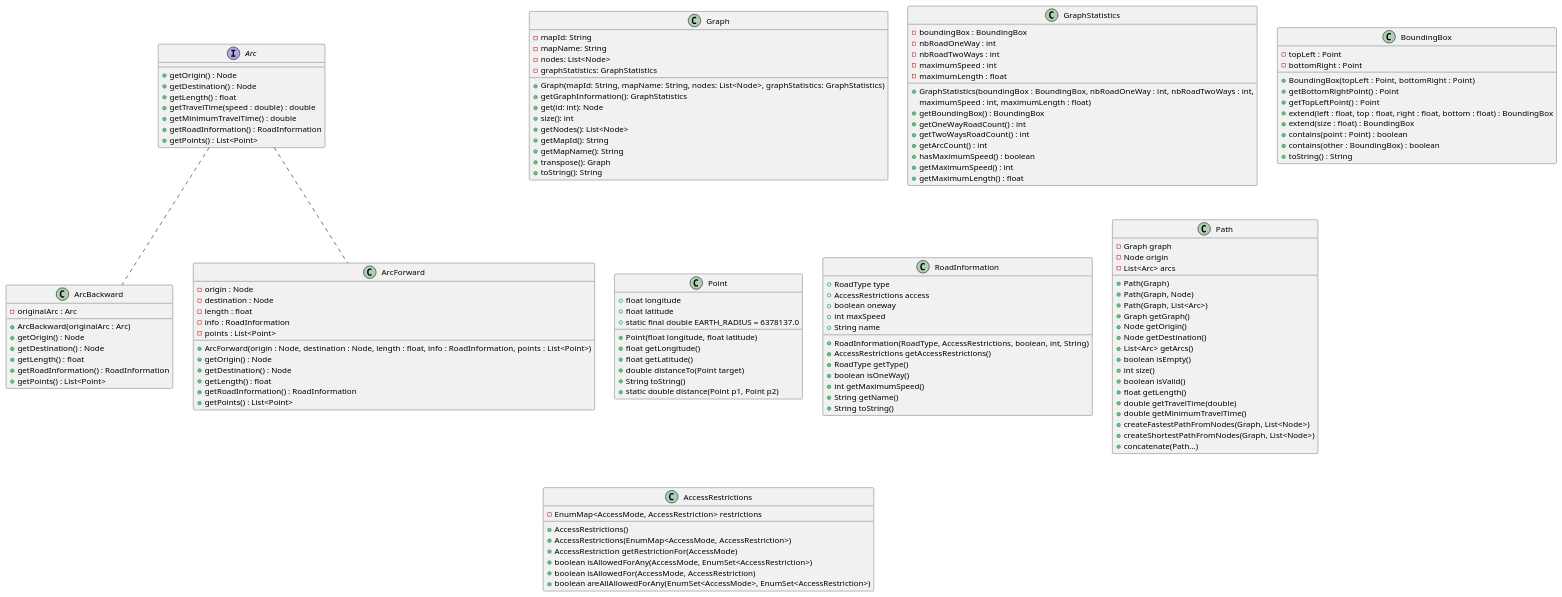
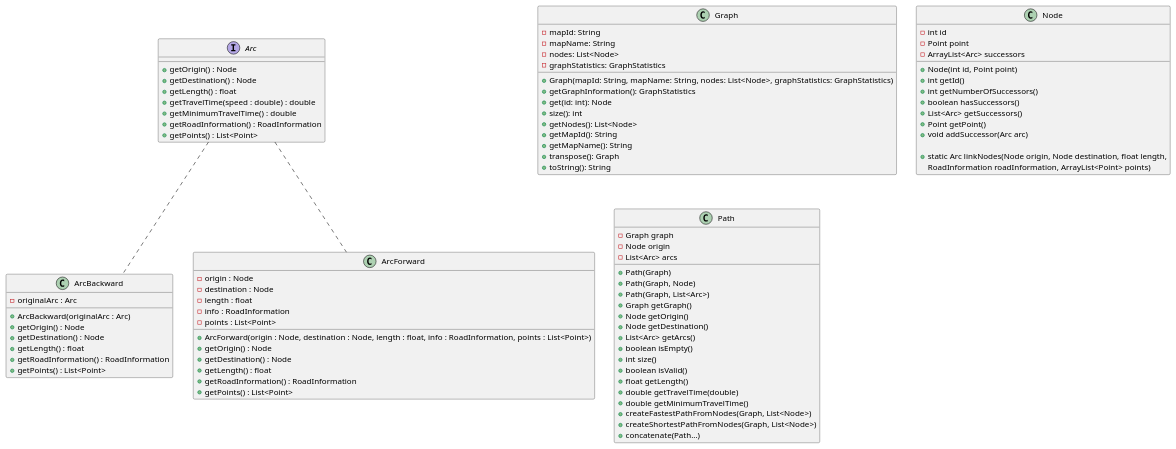
Before and after one commit to Igor-Bzk/be-graphes: the diagram in diagramme-classes.puml, drawn with PlantUML.

Commit message:
uml changé

```diff
--- a/diagramme-classes.puml
+++ b/diagramme-classes.puml
@@ -1,152 +1,99 @@
 @startuml
 
 class Graph {
     - mapId: String
     - mapName: String
     - nodes: List<Node>
     - graphStatistics: GraphStatistics
 
     + Graph(mapId: String, mapName: String, nodes: List<Node>, graphStatistics: GraphStatistics)
     + getGraphInformation(): GraphStatistics
     + get(id: int): Node
     + size(): int
     + getNodes(): List<Node>
     + getMapId(): String
     + getMapName(): String
     + transpose(): Graph
     + toString(): String
 }
 
 interface Arc {
     + getOrigin() : Node
     + getDestination() : Node
     + getLength() : float
     + getTravelTime(speed : double) : double
     + getMinimumTravelTime() : double
     + getRoadInformation() : RoadInformation
     + getPoints() : List<Point>
 }
 
 class ArcBackward {
     - originalArc : Arc
     
     + ArcBackward(originalArc : Arc)
     + getOrigin() : Node
     + getDestination() : Node
     + getLength() : float
     + getRoadInformation() : RoadInformation
     + getPoints() : List<Point>
 }
 
 class ArcForward {
     - origin : Node
     - destination : Node
     - length : float
     - info : RoadInformation
     - points : List<Point>
     
     + ArcForward(origin : Node, destination : Node, length : float, info : RoadInformation, points : List<Point>)
     + getOrigin() : Node
     + getDestination() : Node
     + getLength() : float
     + getRoadInformation() : RoadInformation
     + getPoints() : List<Point>
 }
 
-class GraphStatistics {
-    - boundingBox : BoundingBox
-    - nbRoadOneWay : int
-    - nbRoadTwoWays : int
-    - maximumSpeed : int
-    - maximumLength : float
+class Node {
+    - int id
+    - Point point
+    - ArrayList<Arc> successors
 
-    + GraphStatistics(boundingBox : BoundingBox, nbRoadOneWay : int, nbRoadTwoWays : int,
-        maximumSpeed : int, maximumLength : float)
-    + getBoundingBox() : BoundingBox
-    + getOneWayRoadCount() : int
-    + getTwoWaysRoadCount() : int
-    + getArcCount() : int
-    + hasMaximumSpeed() : boolean
-    + getMaximumSpeed() : int
-    + getMaximumLength() : float
-}
+    + Node(int id, Point point)
+    + int getId()
+    + int getNumberOfSuccessors()
+    + boolean hasSuccessors()
+    + List<Arc> getSuccessors()
+    + Point getPoint()
+    + void addSuccessor(Arc arc)
 
-class BoundingBox {
-    - topLeft : Point
-    - bottomRight : Point
-
-    + BoundingBox(topLeft : Point, bottomRight : Point)
-    + getBottomRightPoint() : Point
-    + getTopLeftPoint() : Point
-    + extend(left : float, top : float, right : float, bottom : float) : BoundingBox
-    + extend(size : float) : BoundingBox
-    + contains(point : Point) : boolean
-    + contains(other : BoundingBox) : boolean
-    + toString() : String
-}
-
-class Point {
-    + float longitude
-    + float latitude
-    + static final double EARTH_RADIUS = 6378137.0
-    + Point(float longitude, float latitude)
-    + float getLongitude()
-    + float getLatitude()
-    + double distanceTo(Point target)
-    + String toString()
-    + static double distance(Point p1, Point p2)
-}
-
-class RoadInformation {
-    + RoadType type
-    + AccessRestrictions access
-    + boolean oneway
-    + int maxSpeed
-    + String name
-    + RoadInformation(RoadType, AccessRestrictions, boolean, int, String)
-    + AccessRestrictions getAccessRestrictions()
-    + RoadType getType()
-    + boolean isOneWay()
-    + int getMaximumSpeed()
-    + String getName()
-    + String toString()
+    + static Arc linkNodes(Node origin, Node destination, float length,
+            RoadInformation roadInformation, ArrayList<Point> points)
 }
 
 class Path {
     - Graph graph
     - Node origin
     - List<Arc> arcs
 
     + Path(Graph)
     + Path(Graph, Node)
     + Path(Graph, List<Arc>)
     + Graph getGraph()
     + Node getOrigin()
     + Node getDestination()
     + List<Arc> getArcs()
     + boolean isEmpty()
     + int size()
     + boolean isValid()
     + float getLength()
     + double getTravelTime(double)
     + double getMinimumTravelTime()
     + createFastestPathFromNodes(Graph, List<Node>)
     + createShortestPathFromNodes(Graph, List<Node>)
     + concatenate(Path...)
 }
 
-class AccessRestrictions {
-    - EnumMap<AccessMode, AccessRestriction> restrictions
-
-    + AccessRestrictions()
-    + AccessRestrictions(EnumMap<AccessMode, AccessRestriction>)
-    + AccessRestriction getRestrictionFor(AccessMode)
-    + boolean isAllowedForAny(AccessMode, EnumSet<AccessRestriction>)
-    + boolean isAllowedFor(AccessMode, AccessRestriction)
-    + boolean areAllAllowedForAny(EnumSet<AccessMode>, EnumSet<AccessRestriction>)
-}
-
 ArcForward .up. Arc
 ArcBackward .up. Arc
 
 @enduml
```
